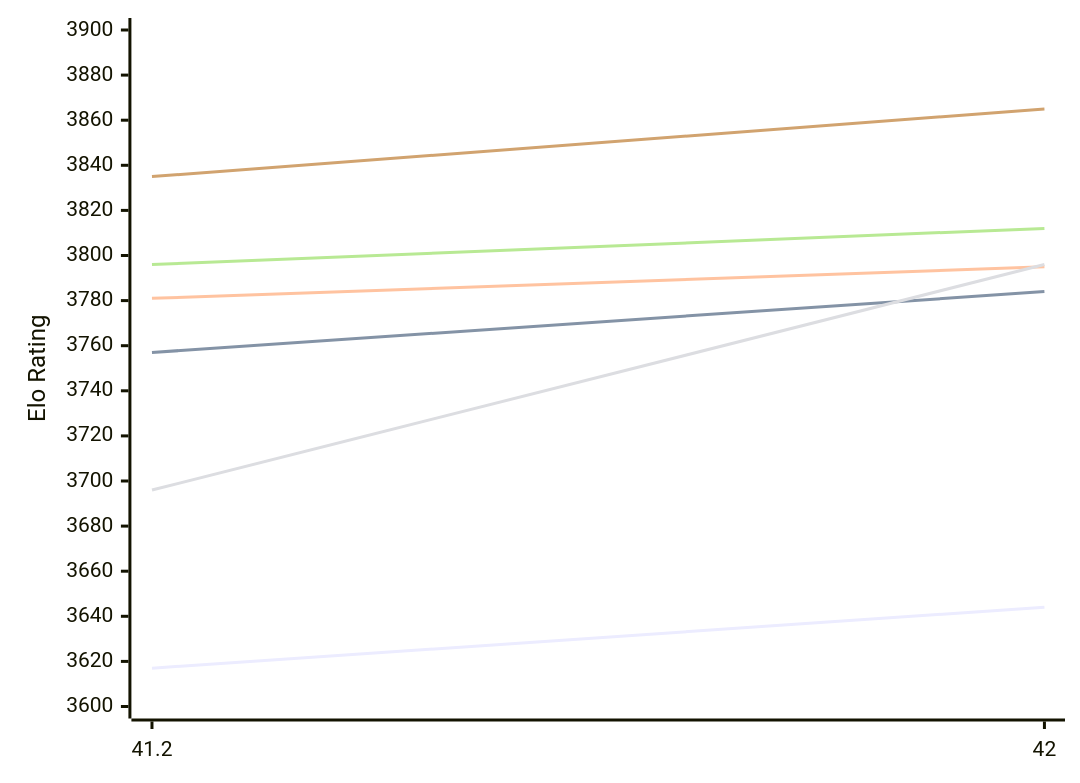
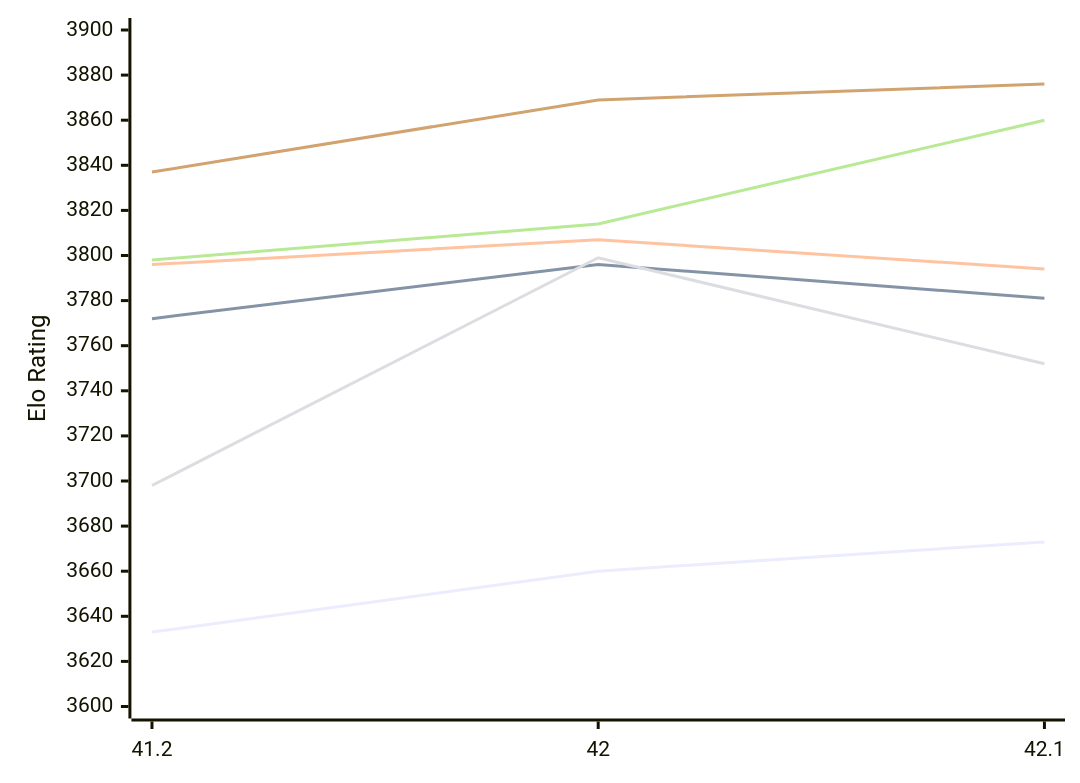
One commit to computer-chess-index/cci changed the first of 2 diagrams in engines/Shashchess.md. Above: the diagram before and after it, drawn with Mermaid. The commit also changed other lines of this file, not shown here.

Commit message:
Update CCI Ratings (ELO VLTC) - 2026-11-11

````diff
--- a/engines/Shashchess.md
+++ b/engines/Shashchess.md
@@ -50,12 +52,12 @@
 ```mermaid
 %%{init: {"theme":"base","themeVariables":{"seriesColors:['#a3a3a3','#222221','#faa371']}}}%%
 xychart-beta
-  x-axis ["41.2", "42"]
+  x-axis ["41.2", "42", "42.1"]
   y-axis "Elo Rating" 3600 --> 3900
-  line "E1: STC (8.0+0.08s)" [3617, 3644]
-  line "E1: LTC (60.0+0.60s)" [3757, 3784]
-  line "E1: VLTC (2m24s+1.12s)" [3781, 3795]
-  line "P1: STC (8.0+0.08s)" [3696, 3796]
-  line "P1: LTC (60.0+0.60s)" [3796, 3812]
-  line "P1: VLTC (2m24s+1.12s)" [3835, 3865]
+  line "E1: STC (8.0+0.08s)" [3633, 3660, 3673]
+  line "E1: LTC (60.0+0.60s)" [3772, 3796, 3781]
+  line "E1: VLTC (2m24s+1.12s)" [3796, 3807, 3794]
+  line "P1: STC (8.0+0.08s)" [3698, 3799, 3752]
+  line "P1: LTC (60.0+0.60s)" [3798, 3814, 3860]
+  line "P1: VLTC (2m24s+1.12s)" [3837, 3869, 3876]
 ```
````
